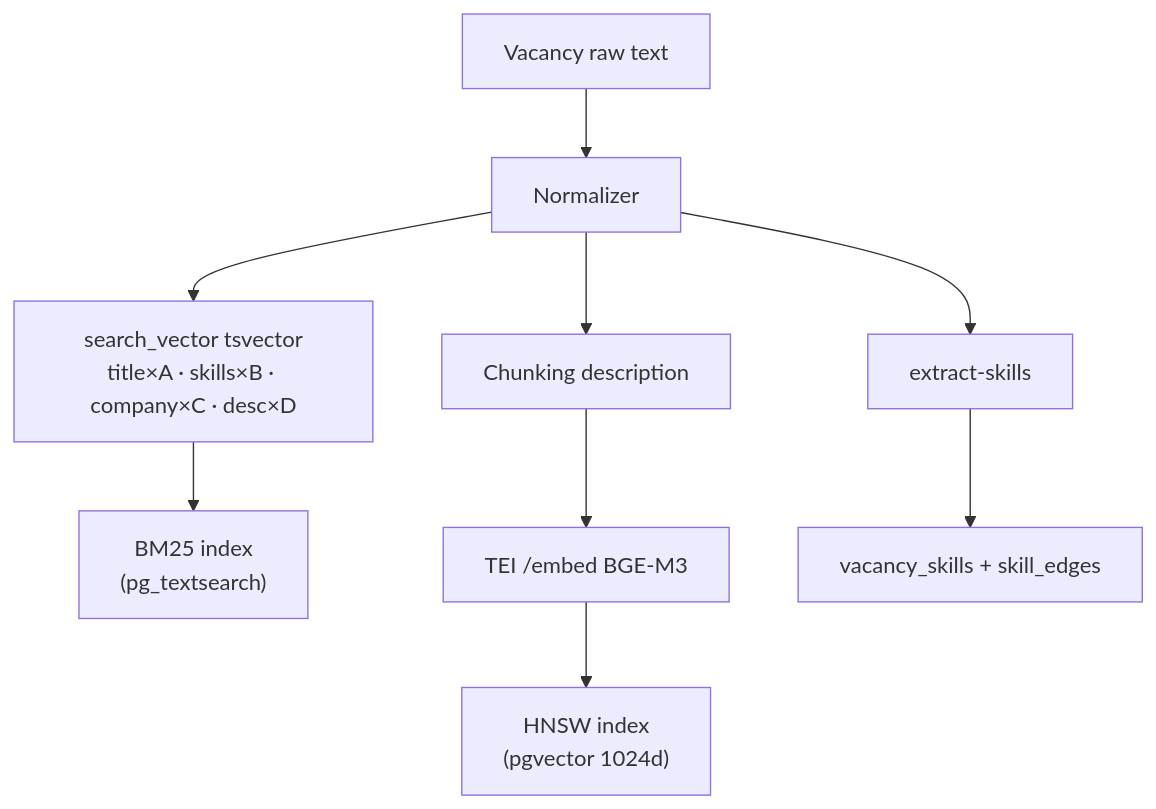
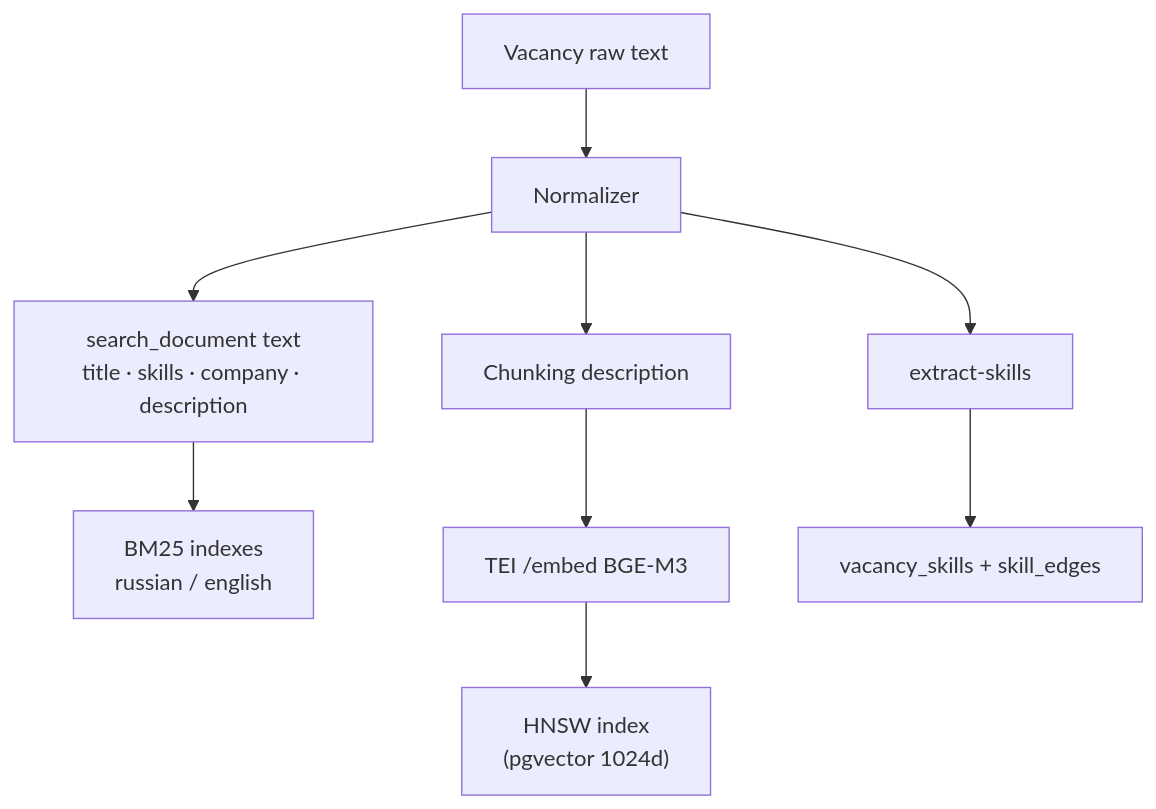
Before and after one commit to Daniello0/hira: the fourth of 8 diagrams in Wiki/llm-lexical-graph-summary.md, drawn with Mermaid. The commit also changed other lines of this file and 5 other files, not shown here.

````diff
--- a/Wiki/llm-lexical-graph-summary.md
+++ b/Wiki/llm-lexical-graph-summary.md
@@ -261,11 +261,11 @@
 ```mermaid
 flowchart TD
     V[Vacancy raw text] --> N[Normalizer]
-    N --> SV["search_vector tsvector<br/>title×A · skills×B · company×C · desc×D"]
-    SV --> BM25["BM25 index<br/>(pg_textsearch)"]
+    N --> SV["search_document text<br/>title · skills · company · description"]
+    SV --> BM25["BM25 indexes<br/>russian / english"]
     N --> CH[Chunking description]
     CH --> TEI[TEI /embed BGE-M3]
     TEI --> HNSW["HNSW index<br/>(pgvector 1024d)"]
     N --> LLM[extract-skills]
     LLM --> GRAPH["vacancy_skills + skill_edges"]
 ```
````
